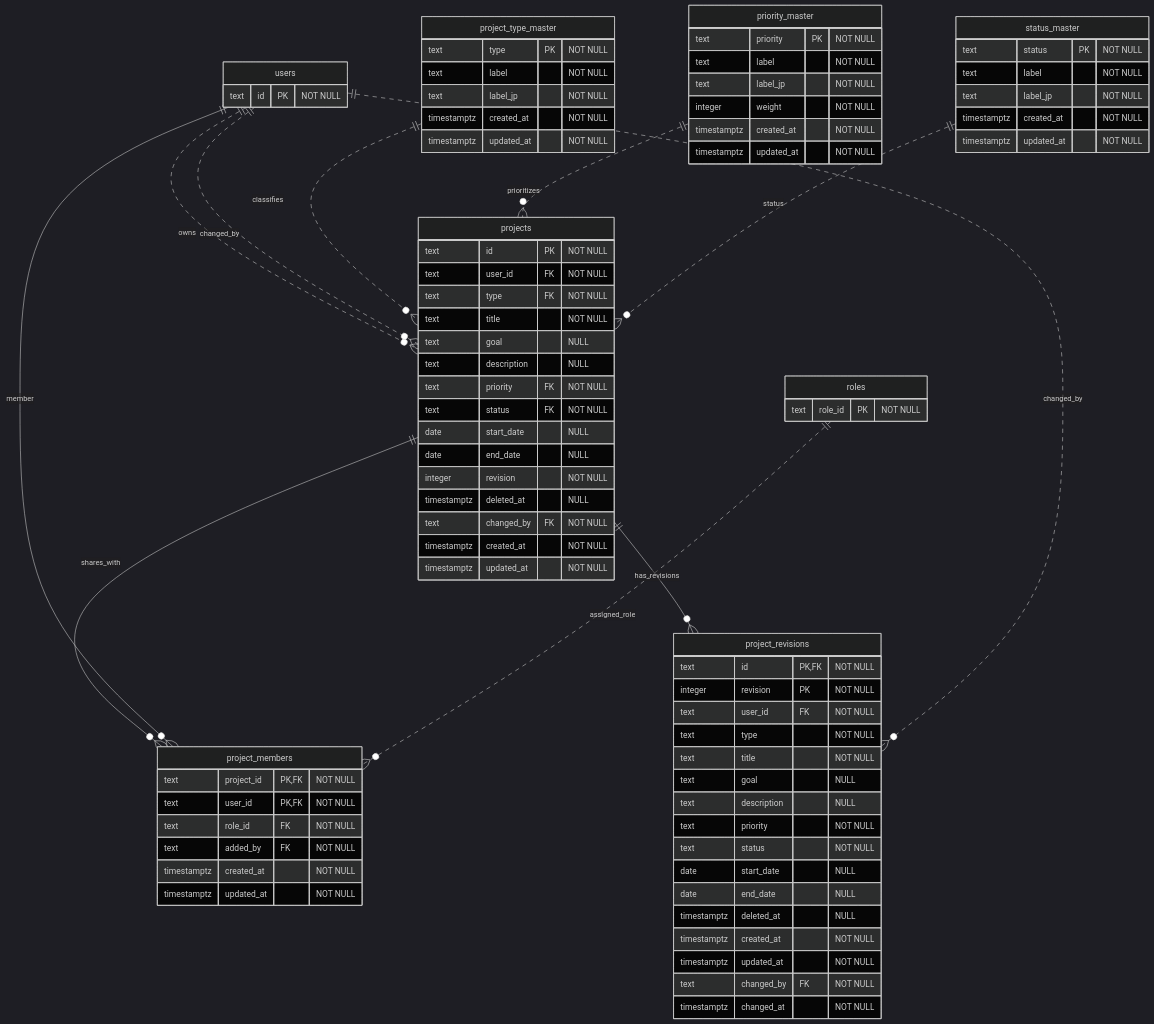
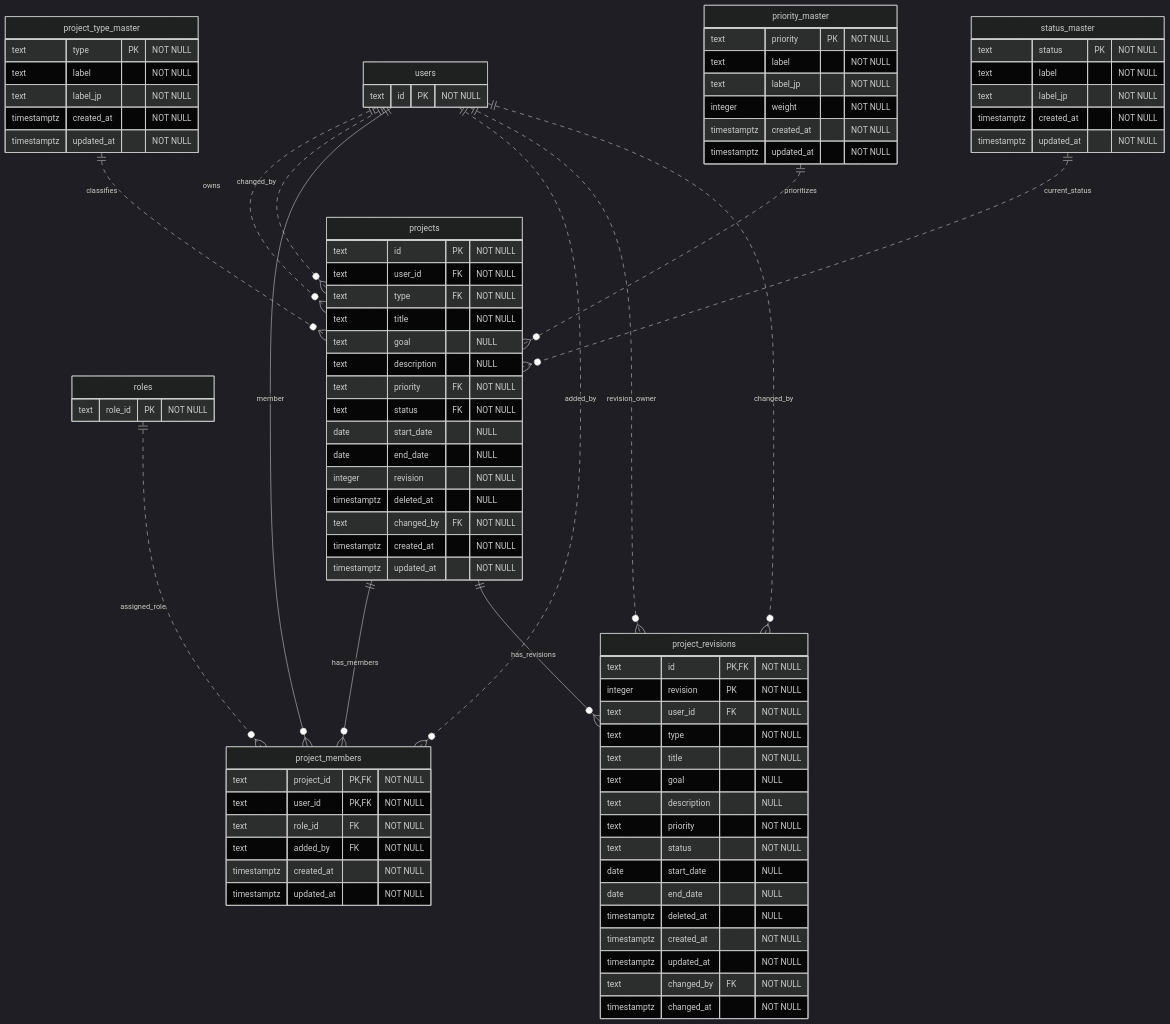
One commit to Najah7/task2todaytodo changed the diagram in backend/db/er/project.mmd. Above: the diagram before and after it, drawn with Mermaid (dark theme). The commit also changed 6 other files, not shown here.

Commit message:
📝 update: ER diagrams

```diff
--- a/backend/db/er/project.mmd
+++ b/backend/db/er/project.mmd
@@ -1,93 +1,96 @@
 erDiagram
-    %% users and roles are defined in auth.mmd; project_members is shown here for permissions.
-    %% Composite unique key: projects(id, user_id).
+    %% Tables created by 000002_project.up.sql.
+    %% users is defined in auth.mmd; composite unique key: projects(id, user_id).
+    %% project_members key: (project_id, user_id); project_revisions key: (id, revision).
 
     users {
         text id PK "NOT NULL"
     }
 
     roles {
         text role_id PK "NOT NULL"
     }
 
-    project_type_master {
-        text type PK "NOT NULL"
-        text label "NOT NULL"
-        text label_jp "NOT NULL"
-        timestamptz created_at "NOT NULL"
-        timestamptz updated_at "NOT NULL"
-    }
-
     priority_master {
         text priority PK "NOT NULL"
         text label "NOT NULL"
         text label_jp "NOT NULL"
         integer weight "NOT NULL"
+        timestamptz created_at "NOT NULL"
+        timestamptz updated_at "NOT NULL"
+    }
+
+    project_type_master {
+        text type PK "NOT NULL"
+        text label "NOT NULL"
+        text label_jp "NOT NULL"
         timestamptz created_at "NOT NULL"
         timestamptz updated_at "NOT NULL"
     }
 
     status_master {
         text status PK "NOT NULL"
         text label "NOT NULL"
         text label_jp "NOT NULL"
         timestamptz created_at "NOT NULL"
         timestamptz updated_at "NOT NULL"
     }
 
     projects {
         text id PK "NOT NULL"
         text user_id FK "NOT NULL"
         text type FK "NOT NULL"
         text title "NOT NULL"
         text goal "NULL"
         text description "NULL"
         text priority FK "NOT NULL"
         text status FK "NOT NULL"
         date start_date "NULL"
         date end_date "NULL"
         integer revision "NOT NULL"
         timestamptz deleted_at "NULL"
         text changed_by FK "NOT NULL"
         timestamptz created_at "NOT NULL"
         timestamptz updated_at "NOT NULL"
     }
 
     project_members {
         text project_id PK, FK "NOT NULL"
         text user_id PK, FK "NOT NULL"
         text role_id FK "NOT NULL"
         text added_by FK "NOT NULL"
         timestamptz created_at "NOT NULL"
         timestamptz updated_at "NOT NULL"
     }
 
     project_revisions {
         text id PK, FK "NOT NULL"
         integer revision PK "NOT NULL"
         text user_id FK "NOT NULL"
         text type "NOT NULL"
         text title "NOT NULL"
         text goal "NULL"
         text description "NULL"
         text priority "NOT NULL"
         text status "NOT NULL"
         date start_date "NULL"
         date end_date "NULL"
         timestamptz deleted_at "NULL"
         timestamptz created_at "NOT NULL"
         timestamptz updated_at "NOT NULL"
         text changed_by FK "NOT NULL"
         timestamptz changed_at "NOT NULL"
     }
 
     users ||..o{ projects : owns
     users ||..o{ projects : changed_by
     project_type_master ||..o{ projects : classifies
     priority_master ||..o{ projects : prioritizes
-    status_master ||..o{ projects : status
-    projects ||--o{ project_members : shares_with
+    status_master ||..o{ projects : current_status
+    projects ||--o{ project_members : has_members
     users ||--o{ project_members : member
     roles ||..o{ project_members : assigned_role
+    users ||..o{ project_members : added_by
     projects ||--o{ project_revisions : has_revisions
+    users ||..o{ project_revisions : revision_owner
     users ||..o{ project_revisions : changed_by
```
